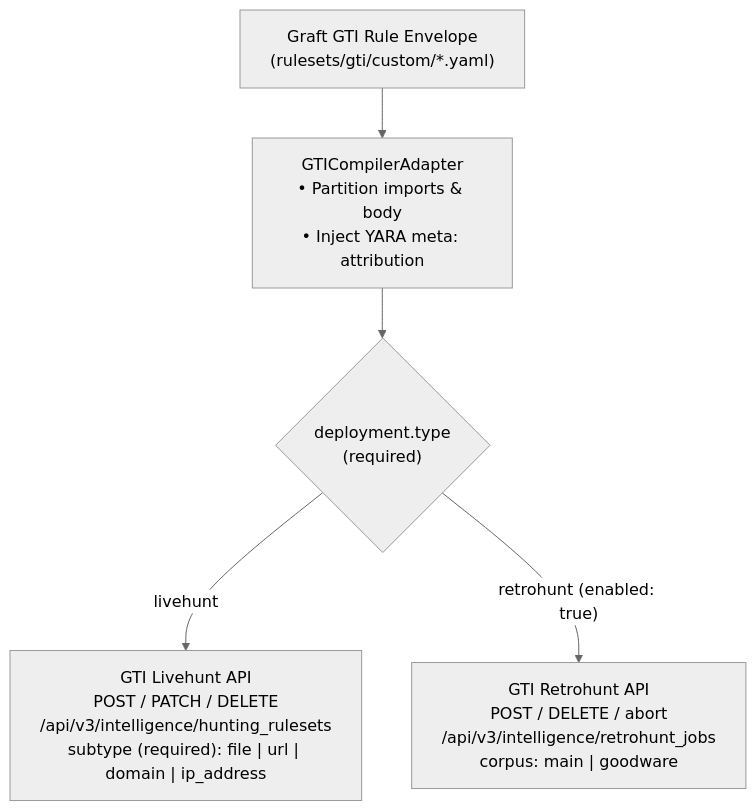
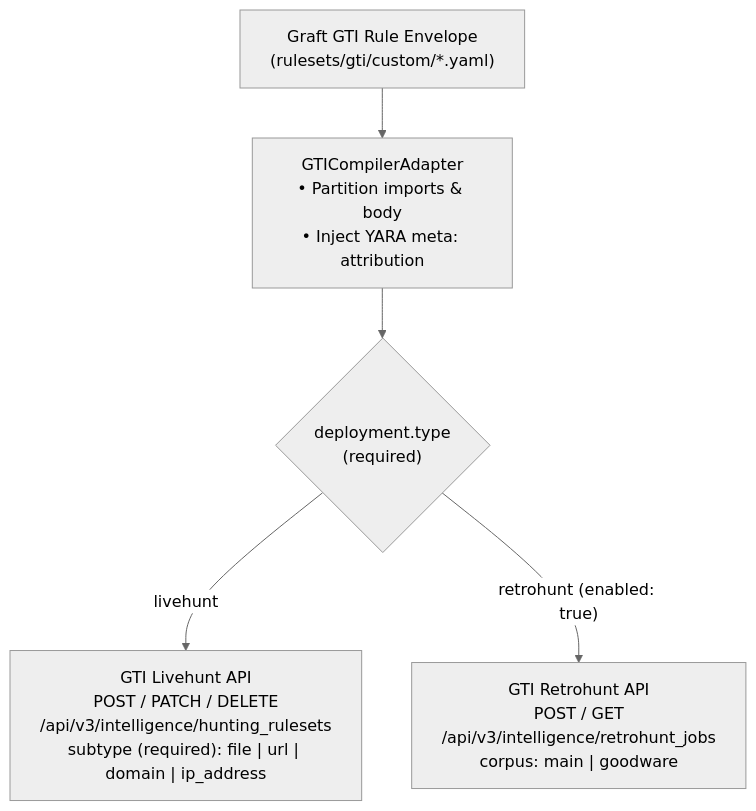
Before and after one commit to lopes/graft: the diagram in src/graft/engines/gti/docs/README.md, drawn with Mermaid (neutral theme). The commit also changed other lines of this file and 39 other files, not shown here.

Commit message:
core,gti: enforce owner:self isolation, 1-to-1 tag sync, and non-destructive retrohunt updates

````diff
--- a/src/graft/engines/gti/docs/README.md
+++ b/src/graft/engines/gti/docs/README.md
@@ -9,11 +9,11 @@
 ```mermaid
 flowchart TD
     RULE["Graft GTI Rule Envelope<br/>(rulesets/gti/custom/*.yaml)"]
     COMPILER["GTICompilerAdapter<br/>• Partition imports &amp; body<br/>• Inject YARA meta: attribution"]
 
     RULE --> COMPILER
 
     COMPILER --> DEP_TYPE{"deployment.type<br/>(required)"}
     DEP_TYPE -- "livehunt" --> LH["GTI Livehunt API<br/>POST / PATCH / DELETE<br/>/api/v3/intelligence/hunting_rulesets<br/>subtype (required): file | url | domain | ip_address"]
-    DEP_TYPE -- "retrohunt (enabled: true)" --> RH["GTI Retrohunt API<br/>POST / DELETE / abort<br/>/api/v3/intelligence/retrohunt_jobs<br/>corpus: main | goodware"]
+    DEP_TYPE -- "retrohunt (enabled: true)" --> RH["GTI Retrohunt API<br/>POST / GET<br/>/api/v3/intelligence/retrohunt_jobs<br/>corpus: main | goodware"]
 ```
````
